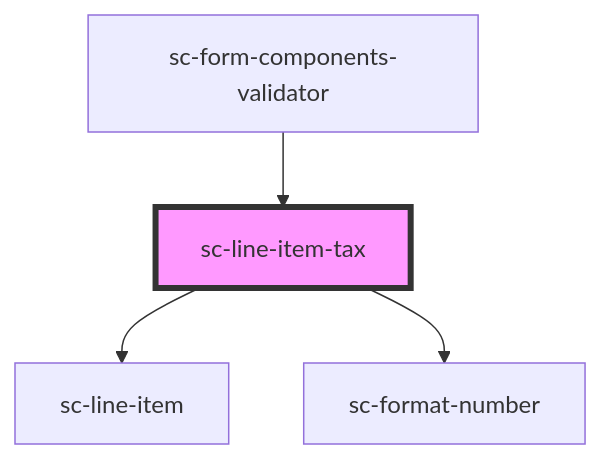
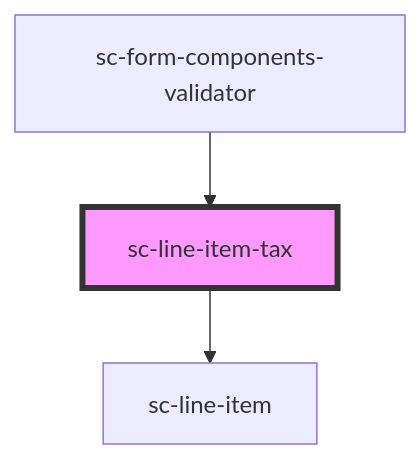
The diagram in packages/components/src/components/controllers/checkout-form/line-item-tax/readme.md (surecart/surecart-wp-plugin), drawn with Mermaid before and after one commit. The commit also changed other lines of this file and 37 other files, not shown here.

````diff
--- a/packages/components/src/components/controllers/checkout-form/line-item-tax/readme.md
+++ b/packages/components/src/components/controllers/checkout-form/line-item-tax/readme.md
@@ -28,7 +27,6 @@
 ```mermaid
 graph TD;
   sc-line-item-tax --> sc-line-item
-  sc-line-item-tax --> sc-format-number
   sc-form-components-validator --> sc-line-item-tax
   style sc-line-item-tax fill:#f9f,stroke:#333,stroke-width:4px
 ```
````
